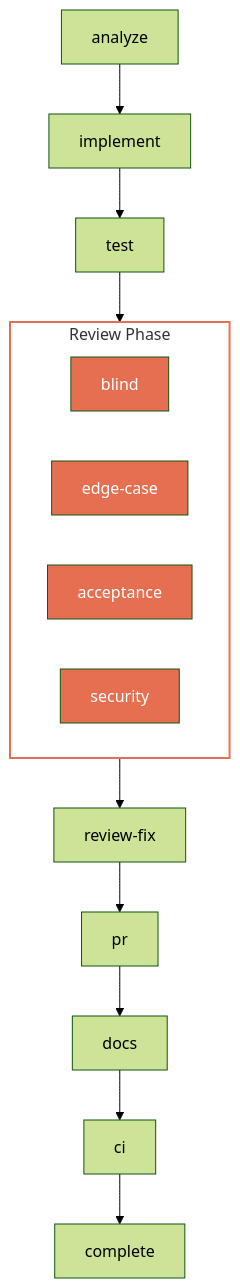
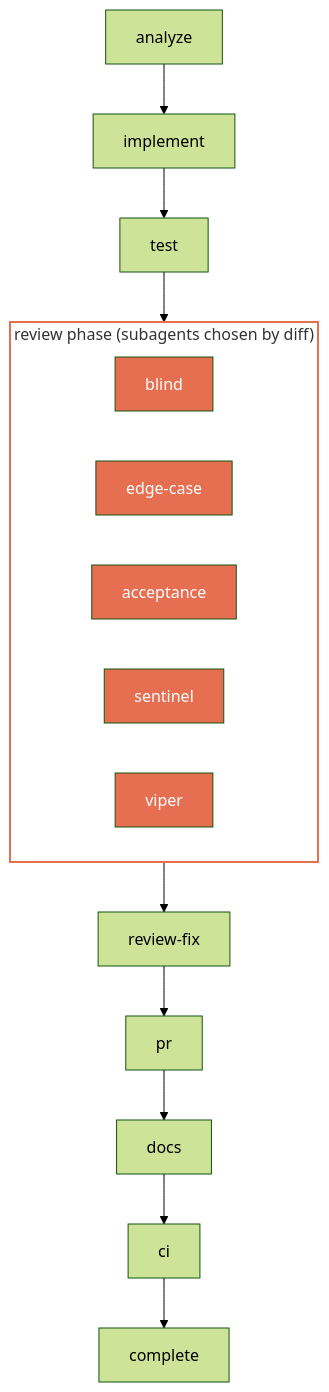
The second of 4 diagrams in docs/ralph-loop-process.md (jamescrowley321/identity-stack-planning), drawn with Mermaid (forest theme) before and after one commit. The commit also changed other lines of this file and 26 other files, not shown here.

````diff
--- a/docs/ralph-loop-process.md
+++ b/docs/ralph-loop-process.md
@@ -59,25 +59,27 @@
 ```mermaid
 flowchart TD
     A[analyze] --> I[implement]
     I --> T[test]
 
-    subgraph review["Review Phase"]
+    subgraph review["review phase (subagents chosen by diff)"]
         RB[blind]
         RE[edge-case]
         RA[acceptance]
-        RS[security]
+        RS[sentinel]
+        RV[viper]
     end
 
     T --> review
     review --> RF[review-fix]
     RF --> PR[pr]
     PR --> D[docs]
     D --> CI[ci]
     CI --> DONE[complete]
 
     style RB fill:#e76f51,color:#fff
     style RE fill:#e76f51,color:#fff
     style RA fill:#e76f51,color:#fff
     style RS fill:#e76f51,color:#fff
+    style RV fill:#e76f51,color:#fff
     style review fill:none,stroke:#e76f51,stroke-width:2px
 ```
````
